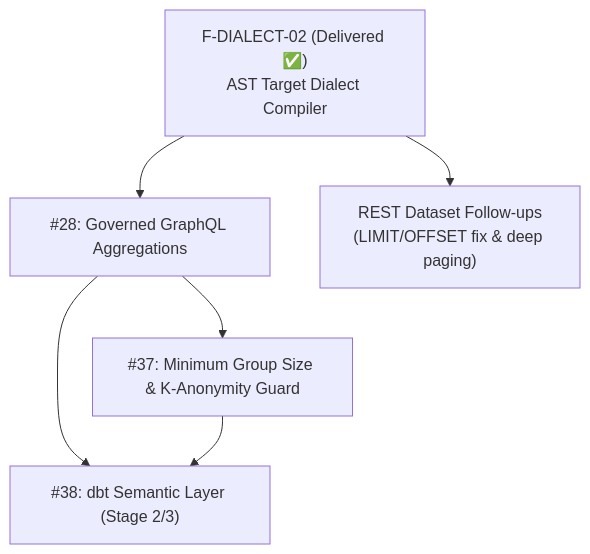
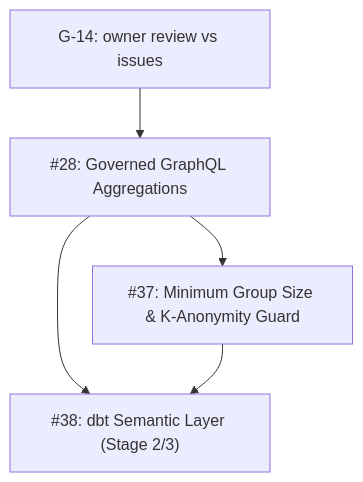
The diagram in docs/plans/features.md (themulle/autheris), drawn with Mermaid before and after one commit. The commit also changed other lines of this file and 12 other files, not shown here.

````diff
--- a/docs/plans/features.md
+++ b/docs/plans/features.md
@@ -18,14 +19,12 @@
 ```mermaid
 flowchart TD
-    ADG["F-DIALECT-02 (Delivered ✅)<br/>AST Target Dialect Compiler"]
+    G14["G-14: owner review vs issues"]
     I28["#28: Governed GraphQL Aggregations"]
     I37["#37: Minimum Group Size & K-Anonymity Guard"]
     I38["#38: dbt Semantic Layer (Stage 2/3)"]
-    RDP["REST Dataset Follow-ups<br/>(LIMIT/OFFSET fix & deep paging)"]
 
-    ADG --> I28
-    ADG --> RDP
+    G14 --> I28
     I28 --> I37
     I28 --> I38
     I37 --> I38
 ```
````
